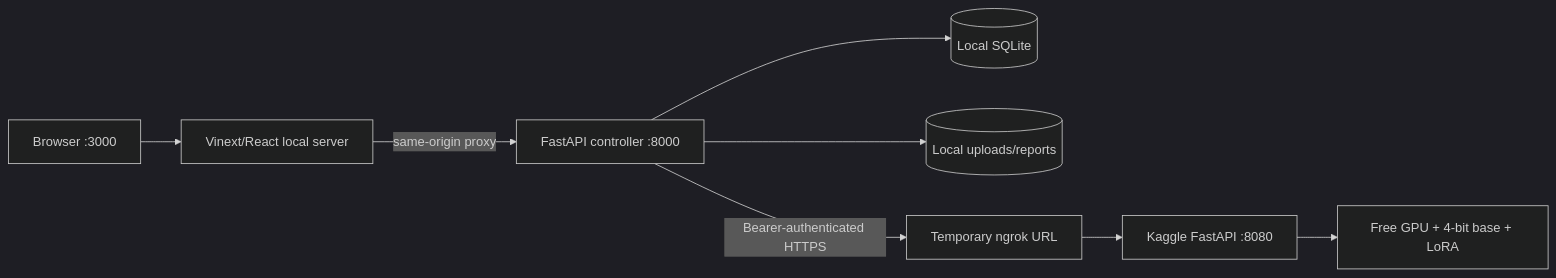
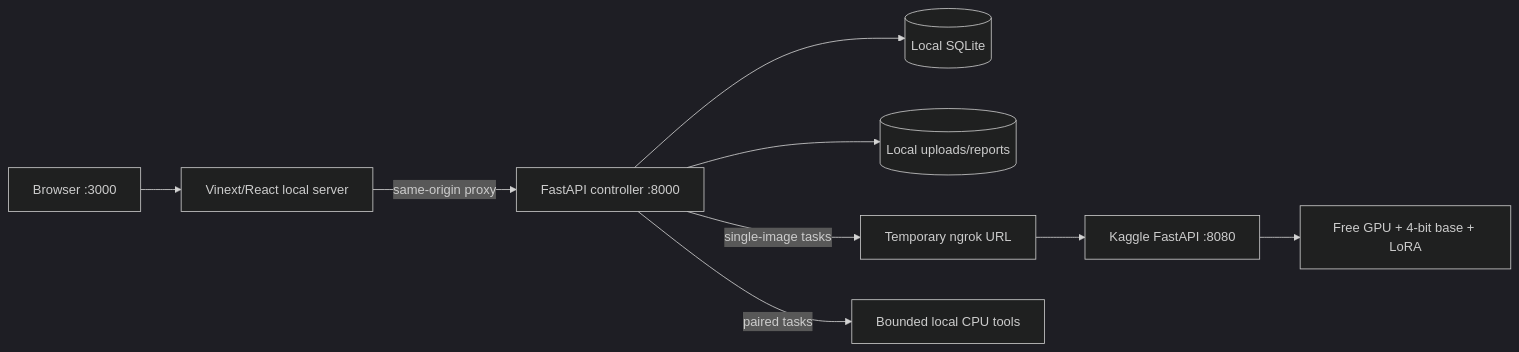
The diagram in README.md (aanandmodi/StatqueryAI), drawn with Mermaid (dark theme) before and after one commit. The commit also changed other lines of this file and 25 other files, not shown here.

````diff
--- a/README.md
+++ b/README.md
@@ -30,10 +31,11 @@
 ```mermaid
 flowchart LR
     Browser[Browser :3000] --> Web[Vinext/React local server]
     Web -->|same-origin proxy| API[FastAPI controller :8000]
     API --> DB[(Local SQLite)]
     API --> Files[(Local uploads/reports)]
-    API -->|Bearer-authenticated HTTPS| Tunnel[Temporary ngrok URL]
+    API -->|single-image tasks| Tunnel[Temporary ngrok URL]
     Tunnel --> Model[Kaggle FastAPI :8080]
     Model --> GPU[Free GPU + 4-bit base + LoRA]
+    API -->|paired tasks| Pair[Bounded local CPU tools]
 ```
````
